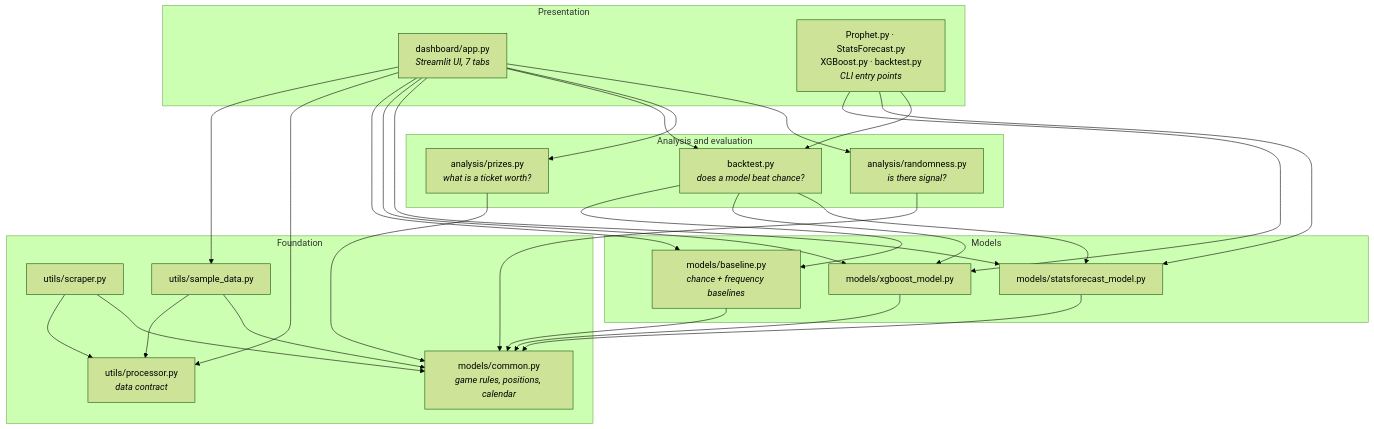
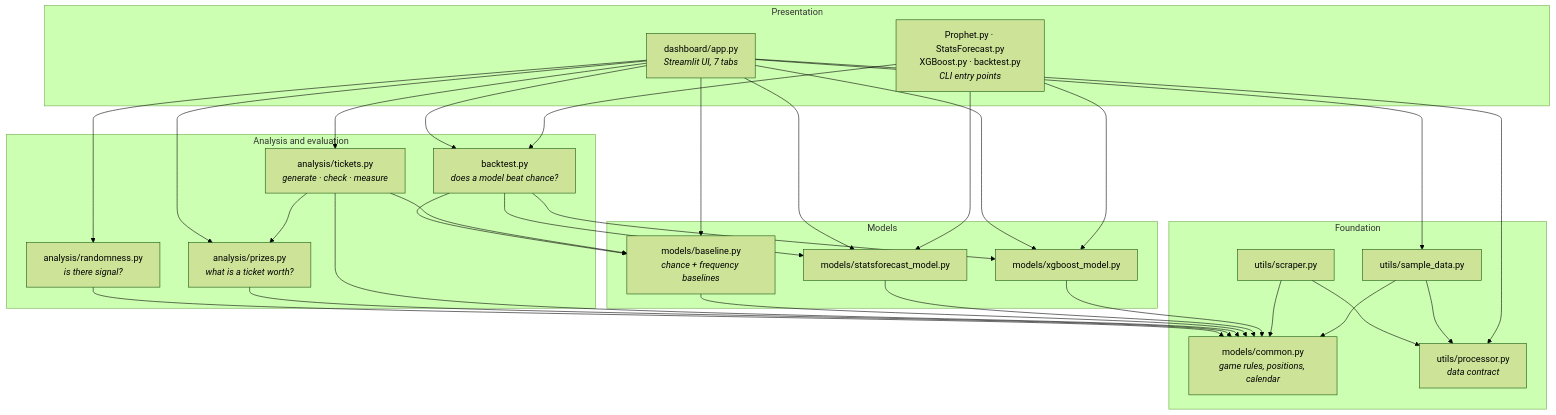
The first of 3 diagrams in docs/architecture.md (andresfelipe9619/prophet-playground), drawn with Mermaid (forest theme) before and after one commit. The commit also changed other lines of this file and 8 other files, not shown here.

````diff
--- a/docs/architecture.md
+++ b/docs/architecture.md
@@ -11,35 +11,37 @@
 ```mermaid
 flowchart TD
     subgraph L4["Presentation"]
         DASH["dashboard/app.py<br/><i>Streamlit UI, 7 tabs</i>"]
         CLI["Prophet.py · StatsForecast.py<br/>XGBoost.py · backtest.py<br/><i>CLI entry points</i>"]
     end
     subgraph L3["Analysis and evaluation"]
         RAND["analysis/randomness.py<br/><i>is there signal?</i>"]
         PRIZE["analysis/prizes.py<br/><i>what is a ticket worth?</i>"]
+        TICK["analysis/tickets.py<br/><i>generate · check · measure</i>"]
         BT["backtest.py<br/><i>does a model beat chance?</i>"]
     end
     subgraph L2["Models"]
         SF["models/statsforecast_model.py"]
         XGB["models/xgboost_model.py"]
         BASE["models/baseline.py<br/><i>chance + frequency baselines</i>"]
     end
     subgraph L1["Foundation"]
         COMMON["models/common.py<br/><i>game rules, positions, calendar</i>"]
         PROC["utils/processor.py<br/><i>data contract</i>"]
         SCRAPE["utils/scraper.py"]
         SAMPLE["utils/sample_data.py"]
     end
 
-    DASH --> RAND & PRIZE & BT & SF & XGB & BASE
+    DASH --> RAND & PRIZE & TICK & BT & SF & XGB & BASE
     CLI --> BT & SF & XGB
     BT --> SF & XGB & BASE
     RAND --> COMMON
     PRIZE --> COMMON
+    TICK --> COMMON & BASE & PRIZE
     BASE --> COMMON
     SF --> COMMON
     XGB --> COMMON
     SCRAPE --> COMMON & PROC
     SAMPLE --> COMMON & PROC
     DASH --> PROC & SAMPLE
 ```
````
